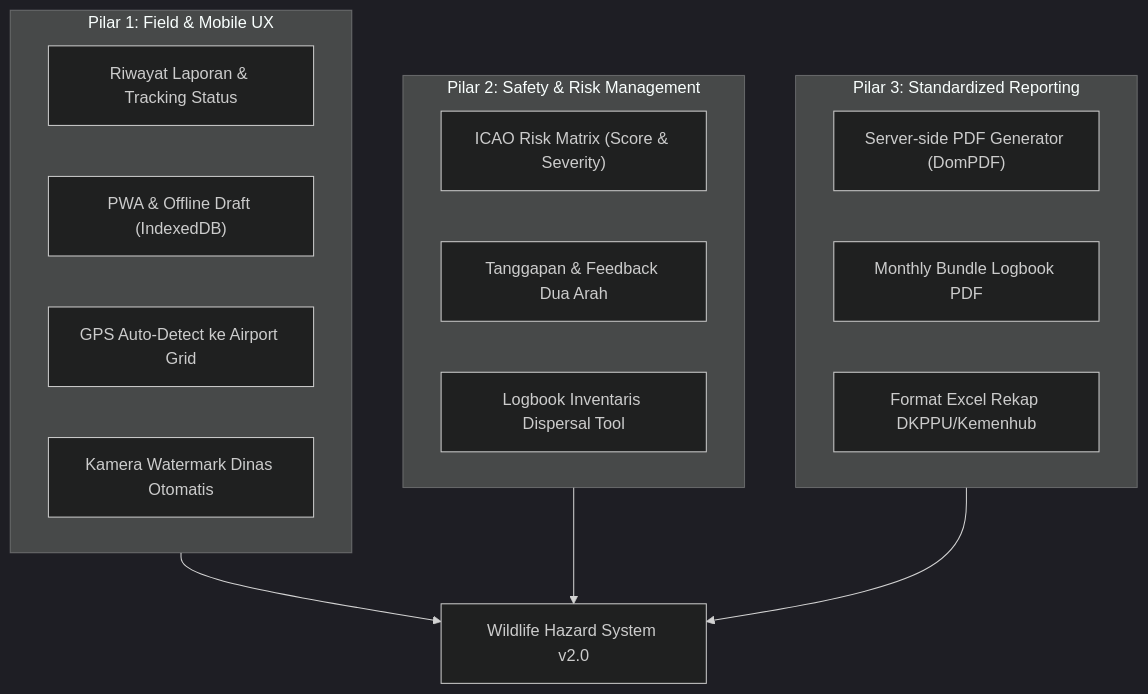
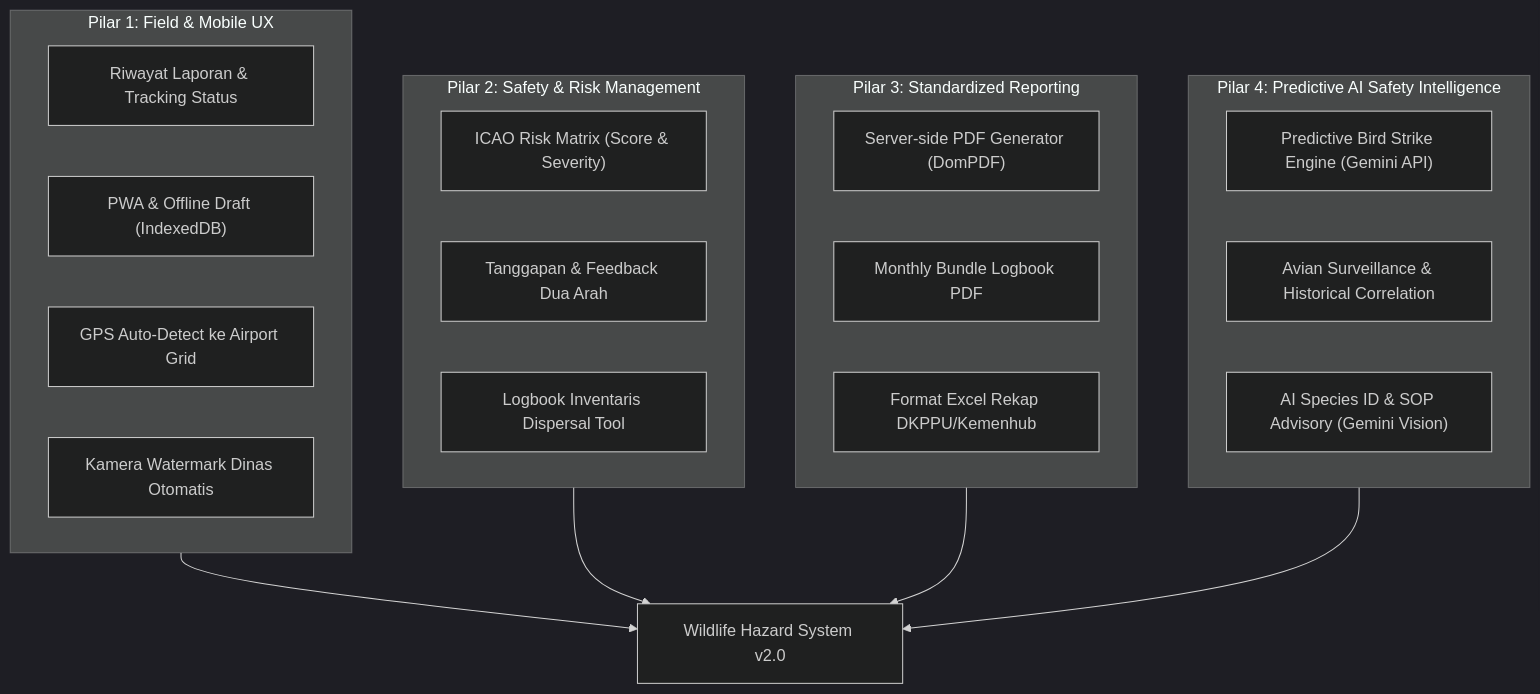
The first of 2 diagrams in prd_v2.md (IhsannulF/Wildlife-Hazard-Management-Logbook-System-AngkasaPura), drawn with Mermaid (dark theme) before and after one commit. The commit also changed other lines of this file and 8 other files, not shown here.

Commit message:
feat: revamp navigation to sidebar layout & add Gemini AI predictive birdstrike feature to PRD v2

````diff
--- a/prd_v2.md
+++ b/prd_v2.md
@@ -45,25 +47,32 @@
 ```mermaid
 graph TD
     subgraph Pilar_1 ["Pilar 1: Field & Mobile UX"]
         F1["Riwayat Laporan & Tracking Status"]
         F2["PWA & Offline Draft (IndexedDB)"]
         F3["GPS Auto-Detect ke Airport Grid"]
         F4["Kamera Watermark Dinas Otomatis"]
     end
 
     subgraph Pilar_2 ["Pilar 2: Safety & Risk Management"]
         S1["ICAO Risk Matrix (Score & Severity)"]
         S2["Tanggapan & Feedback Dua Arah"]
         S3["Logbook Inventaris Dispersal Tool"]
     end
 
     subgraph Pilar_3 ["Pilar 3: Standardized Reporting"]
         R1["Server-side PDF Generator (DomPDF)"]
         R2["Monthly Bundle Logbook PDF"]
         R3["Format Excel Rekap DKPPU/Kemenhub"]
     end
 
+    subgraph Pilar_4 ["Pilar 4: Predictive AI Safety Intelligence"]
+        AI1["Predictive Bird Strike Engine (Gemini API)"]
+        AI2["Avian Surveillance & Historical Correlation"]
+        AI3["AI Species ID & SOP Advisory (Gemini Vision)"]
+    end
+
     Pilar_1 --> System["Wildlife Hazard System v2.0"]
     Pilar_2 --> System
     Pilar_3 --> System
+    Pilar_4 --> System
 ```
````
